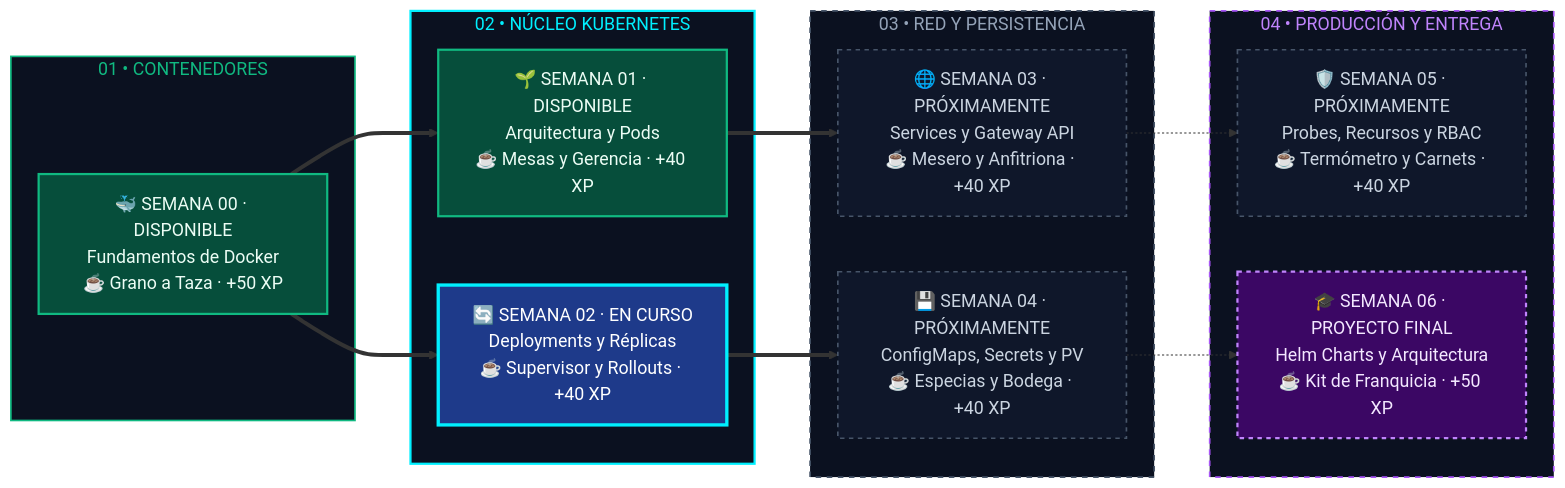
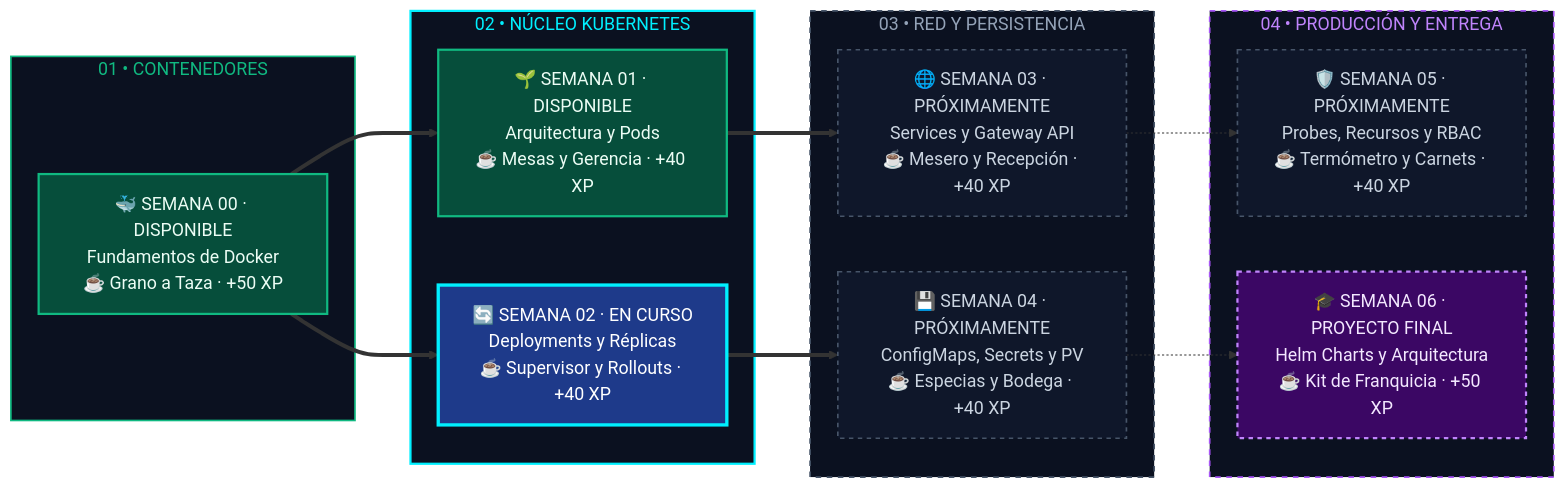
One commit to Arlex0296/Fundamentos-Kubernetes changed the diagram in README.md. Above: the diagram before and after it, drawn with Mermaid. The commit also changed other lines of this file and 2 other files, not shown here.

Commit message:
docs(kubecafe): ajustar analogia de Gateway API a Puerta y Recepcion

````diff
--- a/README.md
+++ b/README.md
@@ -108,47 +108,47 @@
 ```mermaid
 flowchart LR
     subgraph F1["01 • CONTENEDORES"]
         S0["🐳 SEMANA 00 · DISPONIBLE\nFundamentos de Docker\n☕ Grano a Taza · +50 XP"]
     end
 
     subgraph F2["02 • NÚCLEO KUBERNETES"]
         S1["🌱 SEMANA 01 · DISPONIBLE\nArquitectura y Pods\n☕ Mesas y Gerencia · +40 XP"]
         S2["🔄 SEMANA 02 · EN CURSO\nDeployments y Réplicas\n☕ Supervisor y Rollouts · +40 XP"]
     end
 
     subgraph F3["03 • RED Y PERSISTENCIA"]
-        S3["🌐 SEMANA 03 · PRÓXIMAMENTE\nServices y Gateway API\n☕ Mesero y Anfitriona · +40 XP"]
+        S3["🌐 SEMANA 03 · PRÓXIMAMENTE\nServices y Gateway API\n☕ Mesero y Recepción · +40 XP"]
         S4["💾 SEMANA 04 · PRÓXIMAMENTE\nConfigMaps, Secrets y PV\n☕ Especias y Bodega · +40 XP"]
     end
 
     subgraph F4["04 • PRODUCCIÓN Y ENTREGA"]
         S5["🛡️ SEMANA 05 · PRÓXIMAMENTE\nProbes, Recursos y RBAC\n☕ Termómetro y Carnets · +40 XP"]
         S6["🎓 SEMANA 06 · PROYECTO FINAL\nHelm Charts y Arquitectura\n☕ Kit de Franquicia · +50 XP"]
     end
 
     S0 ==> S1
     S0 ==> S2
     S1 ==> S3
     S2 ==> S4
     S3 -.-> S5
     S4 -.-> S6
 
     click S0 "https://github.com/edwinbermudez91/Fundamentos-Kubernetes/tree/main/semana-00-fundamentos-docker" "Ir a Semana 00: Fundamentos de Docker"
     click S1 "https://github.com/edwinbermudez91/Fundamentos-Kubernetes/tree/main/semana-01-arquitectura" "Ir a Semana 01: Arquitectura y Pods"
     click S2 "https://github.com/edwinbermudez91/Fundamentos-Kubernetes/tree/main/semana-02-deployments" "Ir a Semana 02: Deployments y Réplicas"
 
     classDef done fill:#064E3B,stroke:#10B981,stroke-width:2px,color:#ECFDF5;
     classDef active fill:#1E3A8A,stroke:#00F0FF,stroke-width:3px,color:#FFFFFF;
     classDef next fill:#0F172A,stroke:#475569,stroke-width:1.5px,stroke-dasharray: 4 4,color:#CBD5E1;
     classDef final fill:#3B0764,stroke:#C084FC,stroke-width:2px,stroke-dasharray: 4 4,color:#F3E8FF;
 
     class S0,S1 done;
     class S2 active;
     class S3,S4,S5 next;
     class S6 final;
 
     style F1 fill:#0B1120,stroke:#10B981,stroke-width:1.5px,color:#10B981
     style F2 fill:#0B1120,stroke:#00F0FF,stroke-width:2px,color:#00F0FF
     style F3 fill:#0B1120,stroke:#475569,stroke-width:1.5px,stroke-dasharray: 5 5,color:#94A3B8
     style F4 fill:#0B1120,stroke:#A855F7,stroke-width:1.5px,stroke-dasharray: 5 5,color:#C084FC
 ```
````
